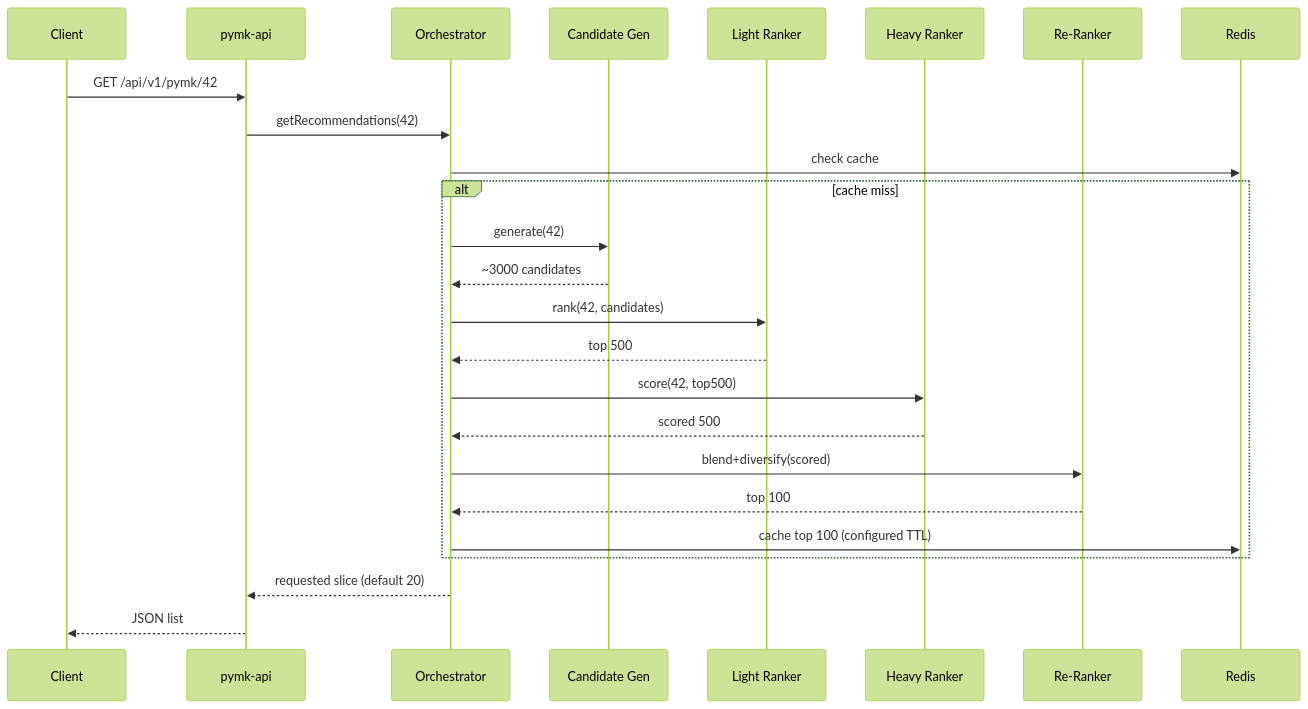
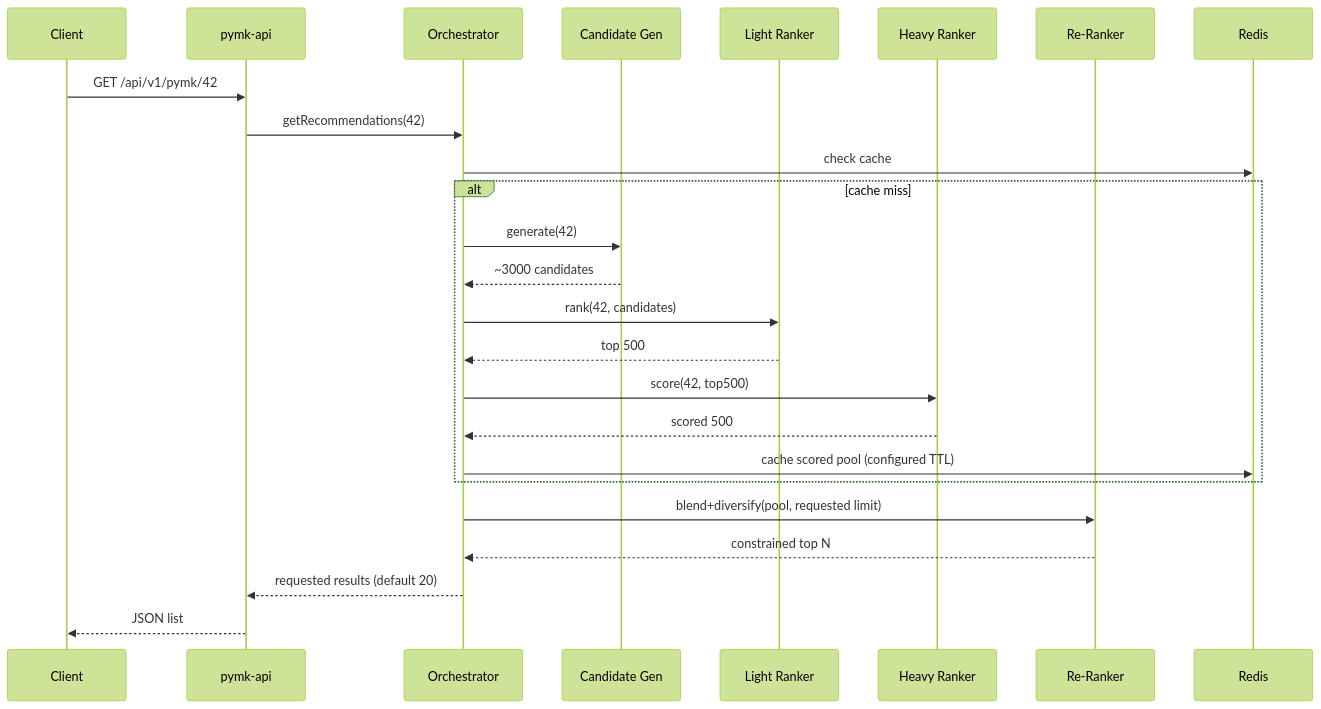
One commit to AhdyAhmed/People-You-May-Know-PYMK changed the second of 2 diagrams in docs/PYMK_DESIGN.md. Above: the diagram before and after it, drawn with Mermaid (forest theme). The commit also changed other lines of this file and 31 other files, not shown here.

````diff
--- a/docs/PYMK_DESIGN.md
+++ b/docs/PYMK_DESIGN.md
@@ -333,27 +387,27 @@
 ```mermaid
 sequenceDiagram
     participant Client
     participant API as pymk-api
     participant Orch as Orchestrator
     participant L0 as Candidate Gen
     participant L1 as Light Ranker
     participant L2 as Heavy Ranker
     participant RR as Re-Ranker
     participant Redis
     Client->>API: GET /api/v1/pymk/42
     API->>Orch: getRecommendations(42)
     Orch->>Redis: check cache
     alt cache miss
         Orch->>L0: generate(42)
         L0-->>Orch: ~3000 candidates
         Orch->>L1: rank(42, candidates)
         L1-->>Orch: top 500
         Orch->>L2: score(42, top500)
         L2-->>Orch: scored 500
-        Orch->>RR: blend+diversify(scored)
-        RR-->>Orch: top 100
-        Orch->>Redis: cache top 100 (configured TTL)
+        Orch->>Redis: cache scored pool (configured TTL)
     end
-    Orch-->>API: requested slice (default 20)
+    Orch->>RR: blend+diversify(pool, requested limit)
+    RR-->>Orch: constrained top N
+    Orch-->>API: requested results (default 20)
     API-->>Client: JSON list
 ```
````
